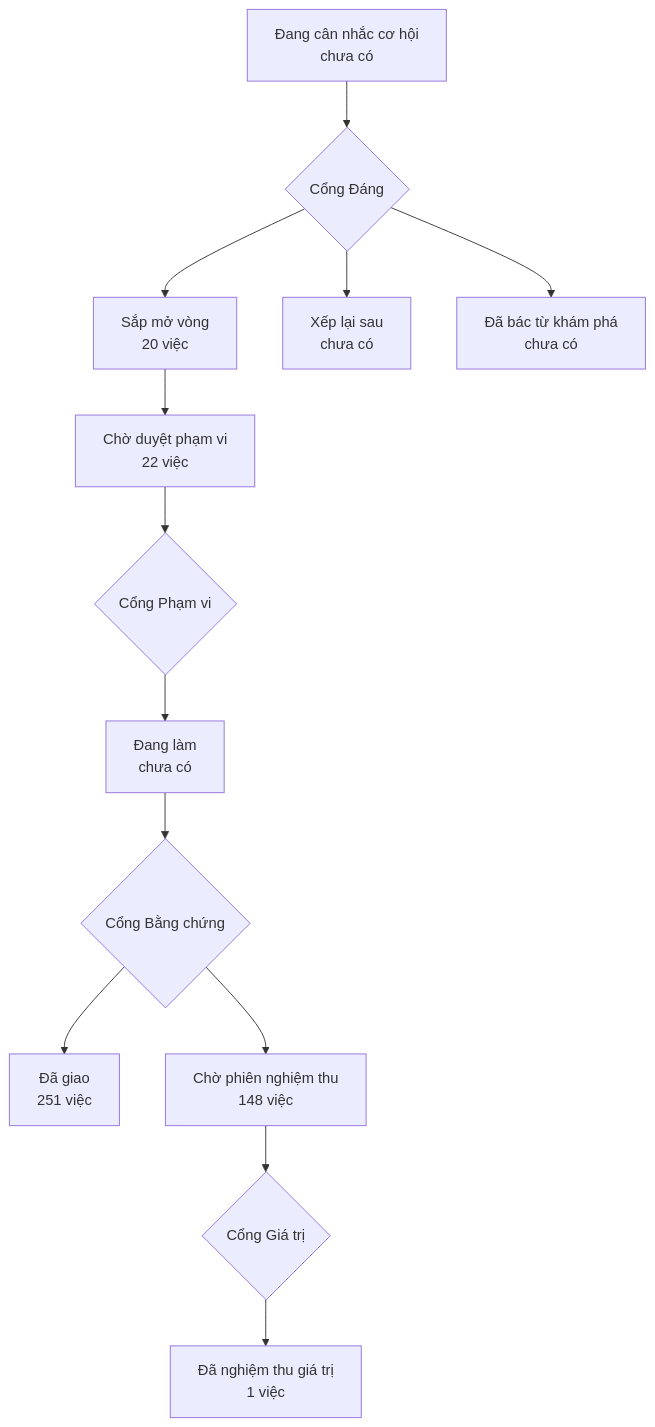
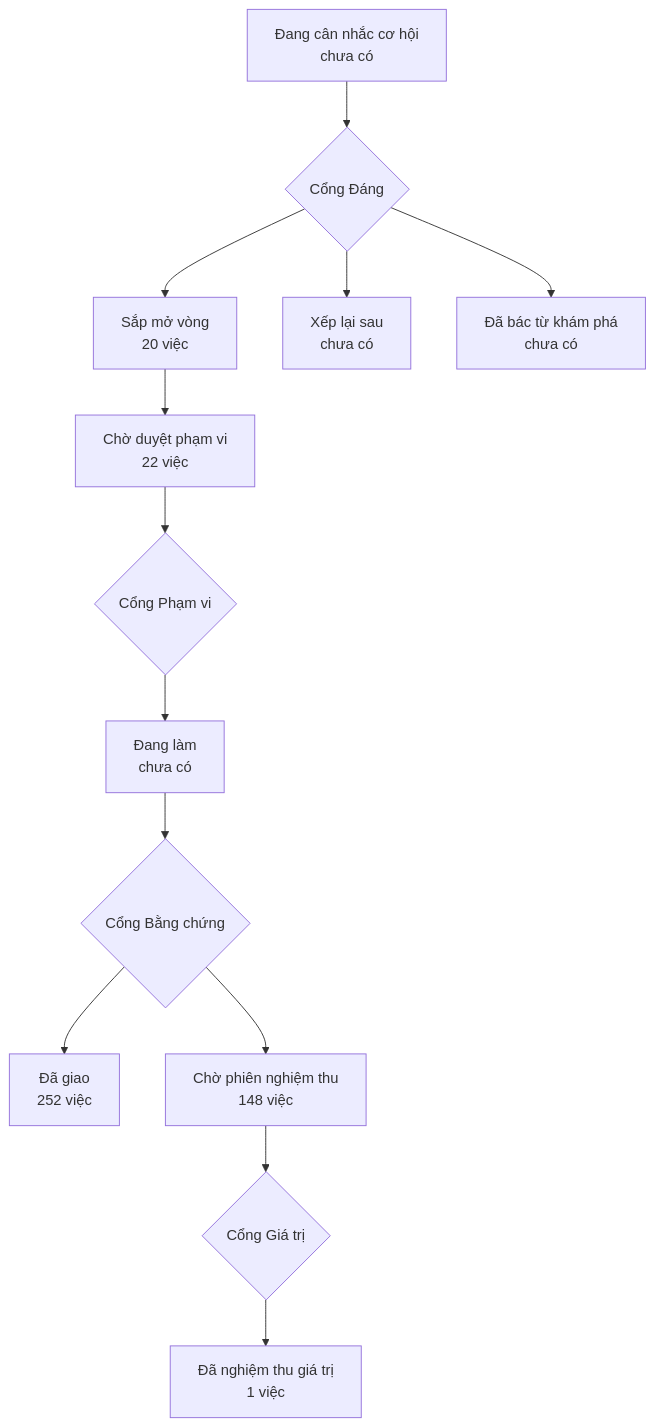
One commit to phanlemanh/onehub-invest changed the diagram in PRODUCT-MAP.md. Above: the diagram before and after it, drawn with Mermaid. The commit also changed other lines of this file and 9 other files, not shown here.

````diff
--- a/PRODUCT-MAP.md
+++ b/PRODUCT-MAP.md
@@ -7,12 +7,12 @@
 ```mermaid
 flowchart TD
   A["Đang cân nhắc cơ hội<br/>chưa có"] --> GD{"Cổng Đáng"}
   GD --> B["Sắp mở vòng<br/>20 việc"]
   GD --> XL["Xếp lại sau<br/>chưa có"]
   GD --> DB["Đã bác từ khám phá<br/>chưa có"]
   B --> CD["Chờ duyệt phạm vi<br/>22 việc"] --> GP{"Cổng Phạm vi"}
   GP --> DL["Đang làm<br/>chưa có"] --> GB{"Cổng Bằng chứng"}
-  GB --> DG["Đã giao<br/>251 việc"]
+  GB --> DG["Đã giao<br/>252 việc"]
   GB --> CN["Chờ phiên nghiệm thu<br/>148 việc"] --> GG{"Cổng Giá trị"}
   GG --> NT["Đã nghiệm thu giá trị<br/>1 việc"]
 ```
````
